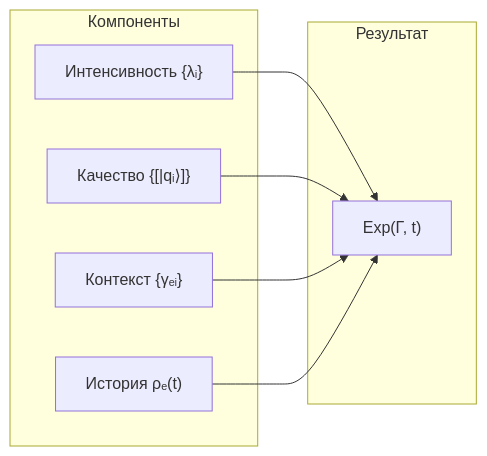
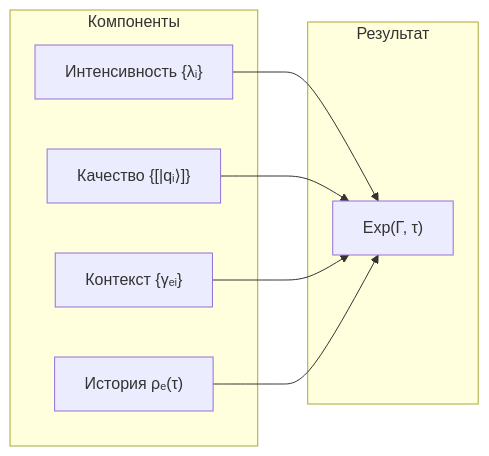
One commit to uhm-theory/holon changed the diagram in website/docs/core/consciousness/interiority.md. Above: the diagram before and after it, drawn with Mermaid. The commit also changed other lines of this file and 58 other files, not shown here.

````diff
--- a/website/docs/core/consciousness/interiority.md
+++ b/website/docs/core/consciousness/interiority.md
@@ -238,16 +238,16 @@
 ```mermaid
 graph LR
     subgraph Input["Компоненты"]
         I["Интенсивность {λᵢ}"]
         Q["Качество {[|qᵢ⟩]}"]
         C["Контекст {γₑᵢ}"]
-        H["История ρₑ#40;t#41;"]
+        H["История ρₑ#40;τ#41;"]
     end
     subgraph Output["Результат"]
-        Exp["Exp#40;Γ, t#41;"]
+        Exp["Exp#40;Γ, τ#41;"]
     end
     I --> Exp
     Q --> Exp
     C --> Exp
     H --> Exp
 ```
````
